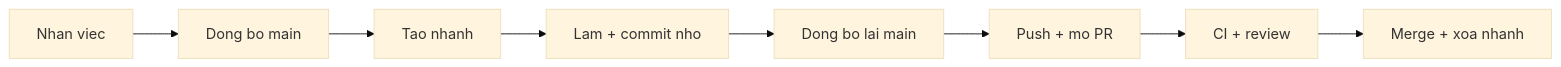
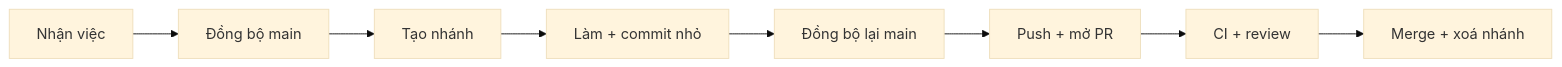
One commit to TienNHM/tiennhm.github.io changed the first of 3 diagrams in docs/09-dotnet-backend-zero-to-senior/stage-01-foundation/module-03-git-developer-workflow/3.8-real-world-developer-workflow.mdx. Above: the diagram before and after it, drawn with Mermaid (base theme). The commit also changed other lines of this file and 17 other files, not shown here.

````diff
--- a/docs/09-dotnet-backend-zero-to-senior/stage-01-foundation/module-03-git-developer-workflow/3.8-real-world-developer-workflow.mdx
+++ b/docs/09-dotnet-backend-zero-to-senior/stage-01-foundation/module-03-git-developer-workflow/3.8-real-world-developer-workflow.mdx
@@ -29,10 +29,10 @@
 ```mermaid
 flowchart LR
-    A[Nhan viec] --> B[Dong bo main]
-    B --> C[Tao nhanh]
-    C --> D[Lam + commit nho]
-    D --> E[Dong bo lai main]
-    E --> F[Push + mo PR]
+    A[Nhận việc] --> B[Đồng bộ main]
+    B --> C[Tạo nhánh]
+    C --> D[Làm + commit nhỏ]
+    D --> E[Đồng bộ lại main]
+    E --> F[Push + mở PR]
     F --> G[CI + review]
-    G --> H[Merge + xoa nhanh]
+    G --> H[Merge + xoá nhánh]
 ```
````
